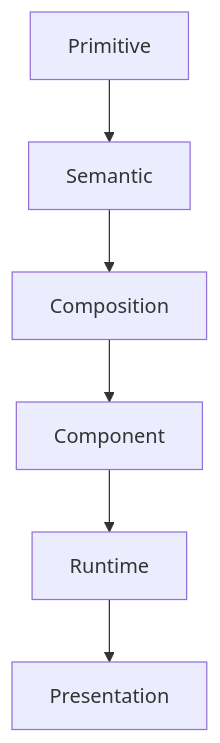
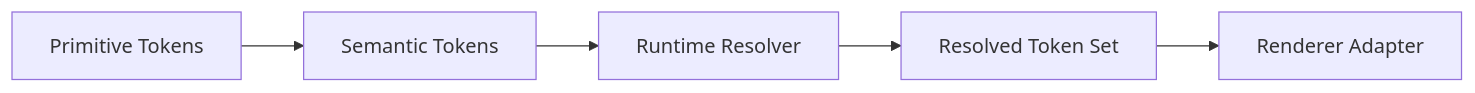
The diagram in docs/design/system/mds-001-design-token-architecture/02-token-hierarchy.md (mosaic-media/architecture), drawn with Mermaid before and after one commit. The commit also changed other lines of this file and 19 other files, not shown here.

Commit message:
docs(mds-001): simplify token resolution architecture

````diff
--- a/docs/design/system/mds-001-design-token-architecture/02-token-hierarchy.md
+++ b/docs/design/system/mds-001-design-token-architecture/02-token-hierarchy.md
@@ -37,16 +26,14 @@
 ```mermaid
-flowchart TD
+flowchart LR
 
-N1["Primitive"]
-N2["Semantic"]
-N3["Composition"]
-N4["Component"]
-N5["Runtime"]
-N6["Presentation"]
+P["Primitive Tokens"]
+S["Semantic Tokens"]
+R["Runtime Resolver"]
+O["Resolved Token Set"]
+A["Renderer Adapter"]
 
-N1 --> N2
-N2 --> N3
-N3 --> N4
-N4 --> N5
-N5 --> N6
+P --> S
+S --> R
+R --> O
+O --> A
 ```
````
